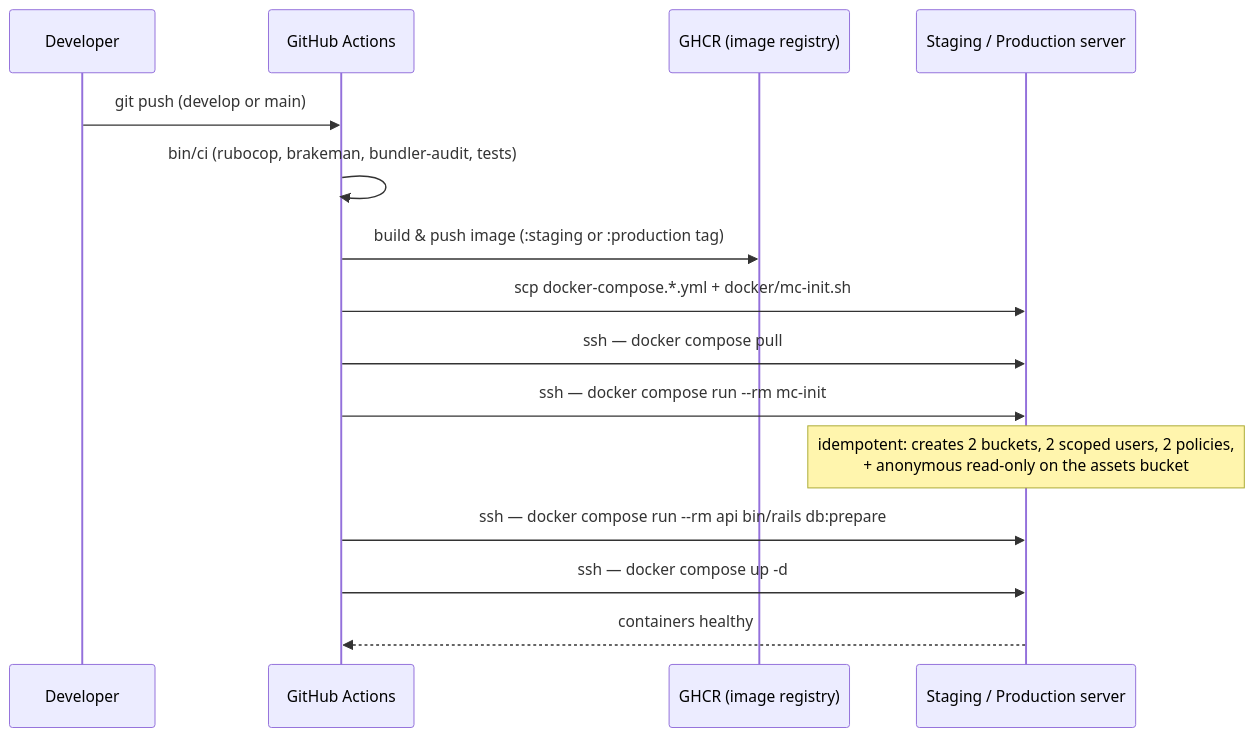
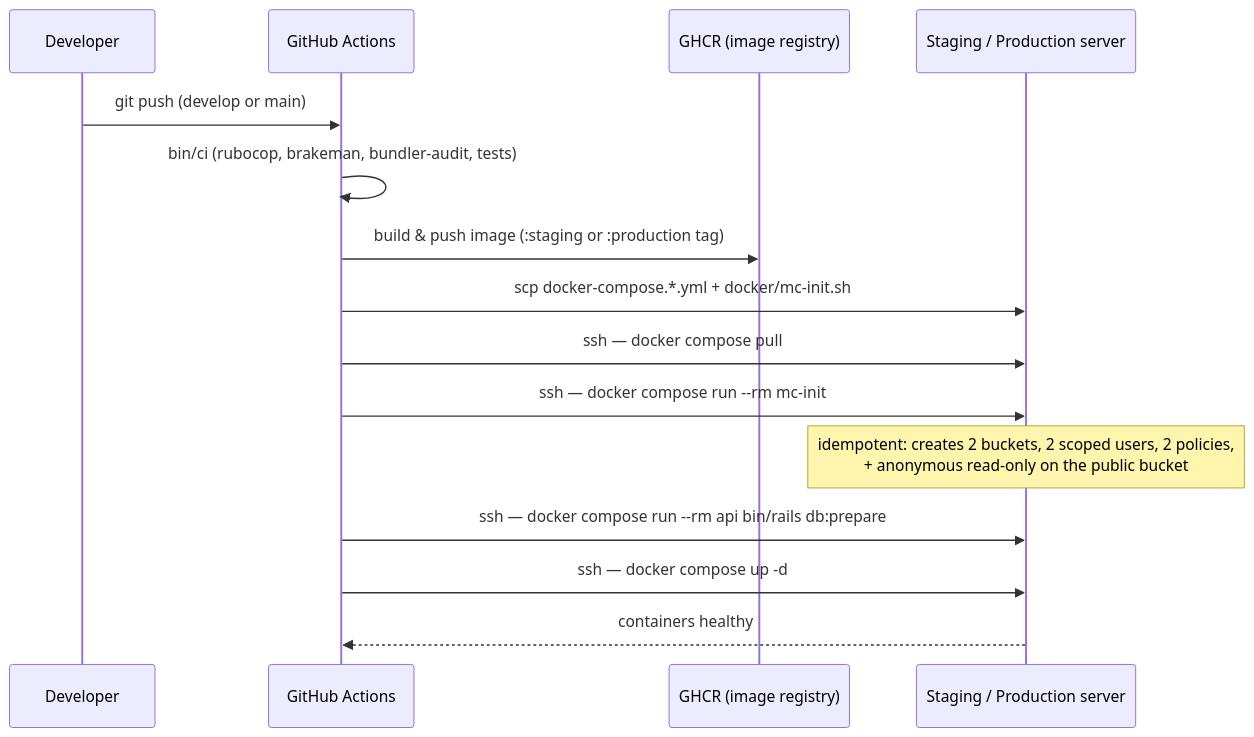
The sixth of 6 diagrams in docs/MINIO.md (arya020595/st_dofi_backend), drawn with Mermaid before and after one commit. The commit also changed other lines of this file and 5 other files, not shown here.

````diff
--- a/docs/MINIO.md
+++ b/docs/MINIO.md
@@ -430,18 +451,18 @@
 ```mermaid
 sequenceDiagram
     participant Dev as Developer
     participant GH as GitHub Actions
     participant GHCR as GHCR (image registry)
     participant Server as Staging / Production server
 
     Dev->>GH: git push (develop or main)
     GH->>GH: bin/ci (rubocop, brakeman, bundler-audit, tests)
     GH->>GHCR: build & push image (:staging or :production tag)
     GH->>Server: scp docker-compose.*.yml + docker/mc-init.sh
     GH->>Server: ssh — docker compose pull
     GH->>Server: ssh — docker compose run --rm mc-init
-    Note over Server: idempotent: creates 2 buckets, 2 scoped users, 2 policies,<br/>+ anonymous read-only on the assets bucket
+    Note over Server: idempotent: creates 2 buckets, 2 scoped users, 2 policies,<br/>+ anonymous read-only on the public bucket
     GH->>Server: ssh — docker compose run --rm api bin/rails db:prepare
     GH->>Server: ssh — docker compose up -d
     Server-->>GH: containers healthy
 ```
````
